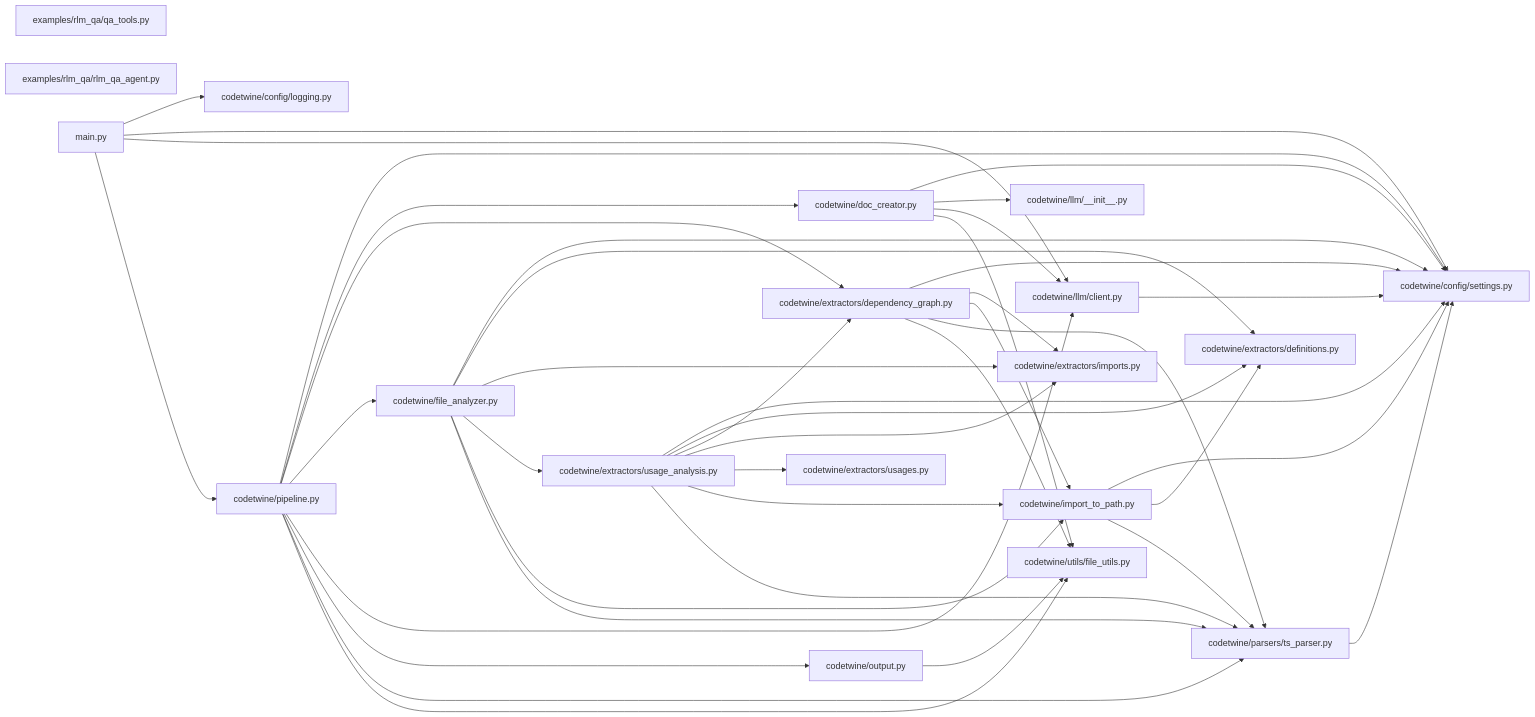
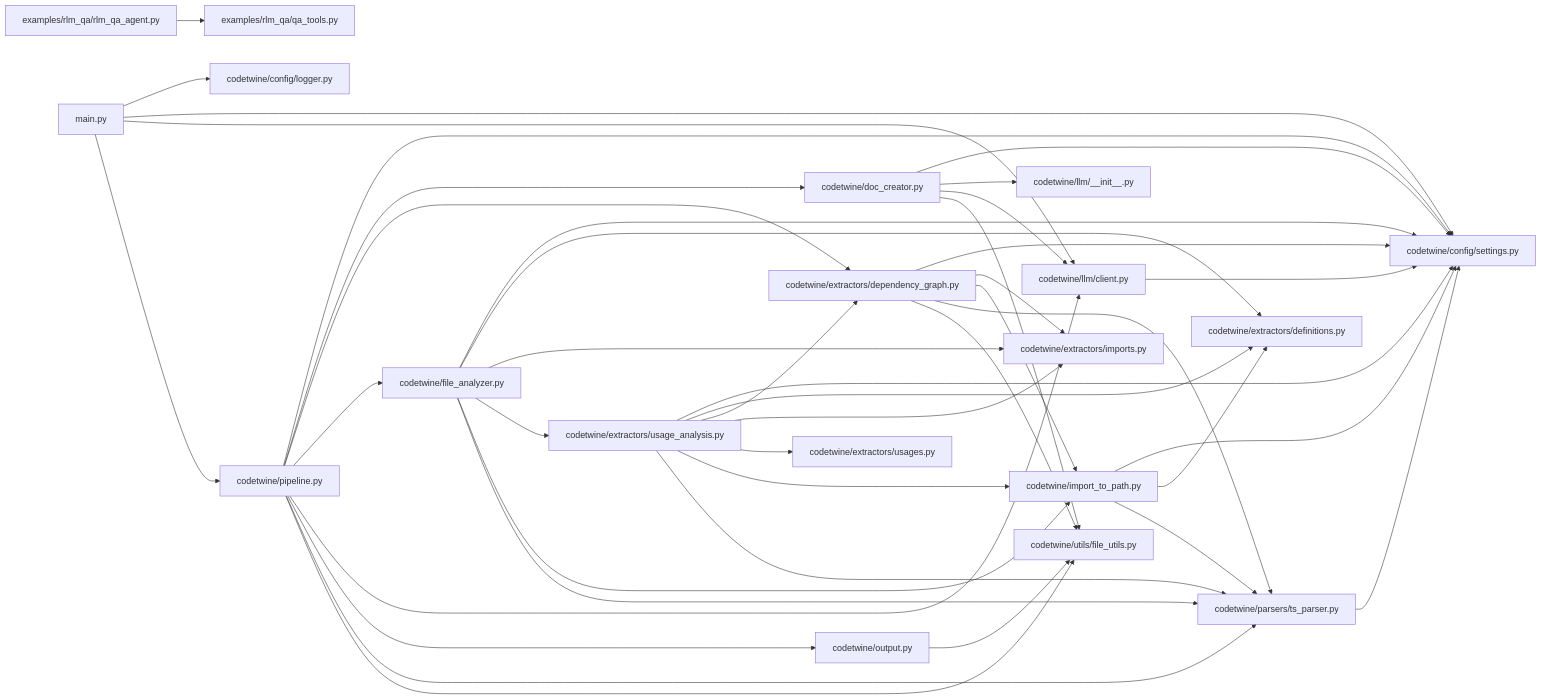
One commit to yumeiriowl/codetwine changed the diagram in examples/sample_output/codetwine/dependency_graph.md. Above: the diagram before and after it, drawn with Mermaid. The commit also changed 56 other files, not shown here.

````diff
--- a/examples/sample_output/codetwine/dependency_graph.md
+++ b/examples/sample_output/codetwine/dependency_graph.md
@@ -1,62 +1,63 @@
 ```mermaid
 graph LR
-    codetwine_codetwine_config_logging_py_logging_py["codetwine/config/logging.py"]
+    codetwine_codetwine_config_logger_py_logger_py["codetwine/config/logger.py"]
     codetwine_codetwine_config_settings_py_settings_py["codetwine/config/settings.py"]
     codetwine_codetwine_doc_creator_py_doc_creator_py["codetwine/doc_creator.py"]
     codetwine_codetwine_extractors_definitions_py_definitions_py["codetwine/extractors/definitions.py"]
     codetwine_codetwine_extractors_dependency_graph_py_dependency_graph_py["codetwine/extractors/dependency_graph.py"]
     codetwine_codetwine_extractors_imports_py_imports_py["codetwine/extractors/imports.py"]
     codetwine_codetwine_extractors_usage_analysis_py_usage_analysis_py["codetwine/extractors/usage_analysis.py"]
     codetwine_codetwine_extractors_usages_py_usages_py["codetwine/extractors/usages.py"]
     codetwine_codetwine_file_analyzer_py_file_analyzer_py["codetwine/file_analyzer.py"]
     codetwine_codetwine_import_to_path_py_import_to_path_py["codetwine/import_to_path.py"]
     codetwine_codetwine_llm___init___py___init___py["codetwine/llm/__init__.py"]
     codetwine_codetwine_llm_client_py_client_py["codetwine/llm/client.py"]
     codetwine_codetwine_output_py_output_py["codetwine/output.py"]
     codetwine_codetwine_parsers_ts_parser_py_ts_parser_py["codetwine/parsers/ts_parser.py"]
     codetwine_codetwine_pipeline_py_pipeline_py["codetwine/pipeline.py"]
     codetwine_codetwine_utils_file_utils_py_file_utils_py["codetwine/utils/file_utils.py"]
     codetwine_examples_rlm_qa_qa_tools_py_qa_tools_py["examples/rlm_qa/qa_tools.py"]
     codetwine_examples_rlm_qa_rlm_qa_agent_py_rlm_qa_agent_py["examples/rlm_qa/rlm_qa_agent.py"]
     codetwine_main_py_main_py["main.py"]
     codetwine_codetwine_doc_creator_py_doc_creator_py --> codetwine_codetwine_config_settings_py_settings_py
     codetwine_codetwine_doc_creator_py_doc_creator_py --> codetwine_codetwine_llm___init___py___init___py
     codetwine_codetwine_doc_creator_py_doc_creator_py --> codetwine_codetwine_llm_client_py_client_py
     codetwine_codetwine_doc_creator_py_doc_creator_py --> codetwine_codetwine_utils_file_utils_py_file_utils_py
     codetwine_codetwine_extractors_dependency_graph_py_dependency_graph_py --> codetwine_codetwine_config_settings_py_settings_py
     codetwine_codetwine_extractors_dependency_graph_py_dependency_graph_py --> codetwine_codetwine_extractors_imports_py_imports_py
     codetwine_codetwine_extractors_dependency_graph_py_dependency_graph_py --> codetwine_codetwine_import_to_path_py_import_to_path_py
     codetwine_codetwine_extractors_dependency_graph_py_dependency_graph_py --> codetwine_codetwine_parsers_ts_parser_py_ts_parser_py
     codetwine_codetwine_extractors_dependency_graph_py_dependency_graph_py --> codetwine_codetwine_utils_file_utils_py_file_utils_py
     codetwine_codetwine_extractors_usage_analysis_py_usage_analysis_py --> codetwine_codetwine_config_settings_py_settings_py
     codetwine_codetwine_extractors_usage_analysis_py_usage_analysis_py --> codetwine_codetwine_extractors_definitions_py_definitions_py
     codetwine_codetwine_extractors_usage_analysis_py_usage_analysis_py --> codetwine_codetwine_extractors_dependency_graph_py_dependency_graph_py
     codetwine_codetwine_extractors_usage_analysis_py_usage_analysis_py --> codetwine_codetwine_extractors_imports_py_imports_py
     codetwine_codetwine_extractors_usage_analysis_py_usage_analysis_py --> codetwine_codetwine_extractors_usages_py_usages_py
     codetwine_codetwine_extractors_usage_analysis_py_usage_analysis_py --> codetwine_codetwine_import_to_path_py_import_to_path_py
     codetwine_codetwine_extractors_usage_analysis_py_usage_analysis_py --> codetwine_codetwine_parsers_ts_parser_py_ts_parser_py
     codetwine_codetwine_file_analyzer_py_file_analyzer_py --> codetwine_codetwine_config_settings_py_settings_py
     codetwine_codetwine_file_analyzer_py_file_analyzer_py --> codetwine_codetwine_extractors_definitions_py_definitions_py
     codetwine_codetwine_file_analyzer_py_file_analyzer_py --> codetwine_codetwine_extractors_imports_py_imports_py
     codetwine_codetwine_file_analyzer_py_file_analyzer_py --> codetwine_codetwine_extractors_usage_analysis_py_usage_analysis_py
     codetwine_codetwine_file_analyzer_py_file_analyzer_py --> codetwine_codetwine_import_to_path_py_import_to_path_py
     codetwine_codetwine_file_analyzer_py_file_analyzer_py --> codetwine_codetwine_parsers_ts_parser_py_ts_parser_py
     codetwine_codetwine_import_to_path_py_import_to_path_py --> codetwine_codetwine_config_settings_py_settings_py
     codetwine_codetwine_import_to_path_py_import_to_path_py --> codetwine_codetwine_extractors_definitions_py_definitions_py
     codetwine_codetwine_import_to_path_py_import_to_path_py --> codetwine_codetwine_parsers_ts_parser_py_ts_parser_py
     codetwine_codetwine_llm_client_py_client_py --> codetwine_codetwine_config_settings_py_settings_py
     codetwine_codetwine_output_py_output_py --> codetwine_codetwine_utils_file_utils_py_file_utils_py
     codetwine_codetwine_parsers_ts_parser_py_ts_parser_py --> codetwine_codetwine_config_settings_py_settings_py
     codetwine_codetwine_pipeline_py_pipeline_py --> codetwine_codetwine_config_settings_py_settings_py
     codetwine_codetwine_pipeline_py_pipeline_py --> codetwine_codetwine_doc_creator_py_doc_creator_py
     codetwine_codetwine_pipeline_py_pipeline_py --> codetwine_codetwine_extractors_dependency_graph_py_dependency_graph_py
     codetwine_codetwine_pipeline_py_pipeline_py --> codetwine_codetwine_file_analyzer_py_file_analyzer_py
     codetwine_codetwine_pipeline_py_pipeline_py --> codetwine_codetwine_llm_client_py_client_py
     codetwine_codetwine_pipeline_py_pipeline_py --> codetwine_codetwine_output_py_output_py
     codetwine_codetwine_pipeline_py_pipeline_py --> codetwine_codetwine_parsers_ts_parser_py_ts_parser_py
     codetwine_codetwine_pipeline_py_pipeline_py --> codetwine_codetwine_utils_file_utils_py_file_utils_py
-    codetwine_main_py_main_py --> codetwine_codetwine_config_logging_py_logging_py
+    codetwine_examples_rlm_qa_rlm_qa_agent_py_rlm_qa_agent_py --> codetwine_examples_rlm_qa_qa_tools_py_qa_tools_py
+    codetwine_main_py_main_py --> codetwine_codetwine_config_logger_py_logger_py
     codetwine_main_py_main_py --> codetwine_codetwine_config_settings_py_settings_py
     codetwine_main_py_main_py --> codetwine_codetwine_llm_client_py_client_py
     codetwine_main_py_main_py --> codetwine_codetwine_pipeline_py_pipeline_py
 ```
````
